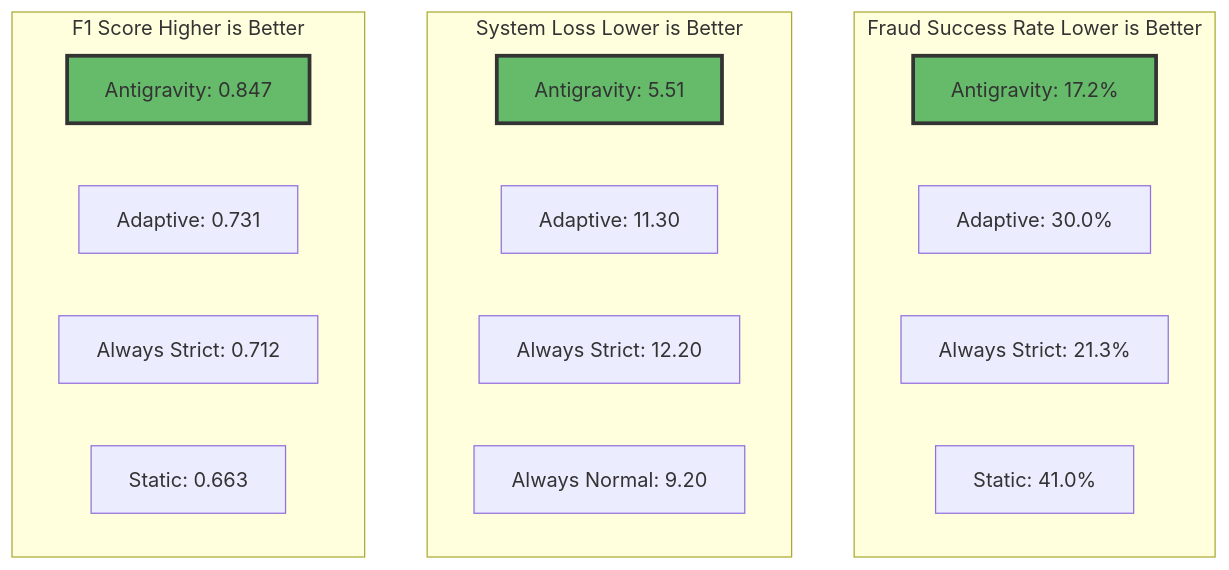
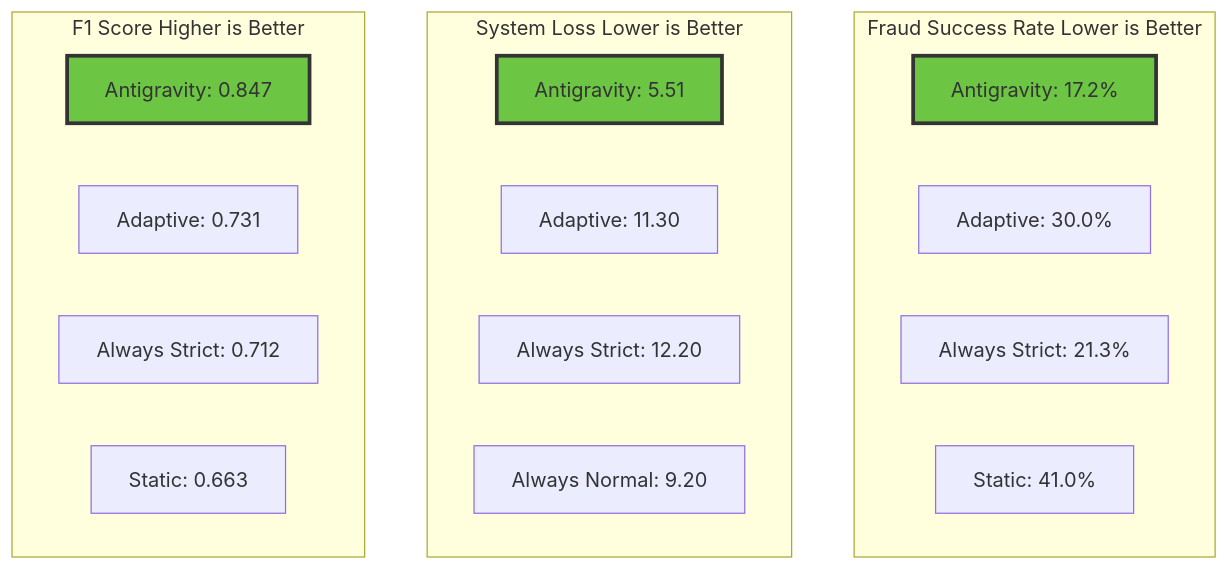
One commit to HelloCol2/markov-fraud-antigravity changed the tenth of 14 diagrams in README.md. Above: the diagram before and after it, drawn with Mermaid. The commit also changed other lines of this file, not shown here.

````diff
--- a/README.md
+++ b/README.md
@@ -555,30 +554,30 @@
 ```mermaid
 graph TB
     subgraph "Fraud Success Rate Lower is Better"
         direction LR
         A1[Antigravity: 17.2%] 
         A2[Adaptive: 30.0%]
         A3[Always Strict: 21.3%]
         A4[Static: 41.0%]
     end
     
     subgraph "System Loss Lower is Better"
         direction LR
         B1[Antigravity: 5.51]
         B2[Adaptive: 11.30]
         B3[Always Strict: 12.20]
         B4[Always Normal: 9.20]
     end
     
     subgraph "F1 Score Higher is Better"
         direction LR
         C1[Antigravity: 0.847]
         C2[Adaptive: 0.731]
         C3[Always Strict: 0.712]
         C4[Static: 0.663]
     end
     
-    style A1 fill:#66bb6a,stroke:#333,stroke-width:3px
-    style B1 fill:#66bb6a,stroke:#333,stroke-width:3px
-    style C1 fill:#66bb6a,stroke:#333,stroke-width:3px
+    style A1 fill:#6cc644,stroke:#333,stroke-width:3px
+    style B1 fill:#6cc644,stroke:#333,stroke-width:3px
+    style C1 fill:#6cc644,stroke:#333,stroke-width:3px
 ```
````
